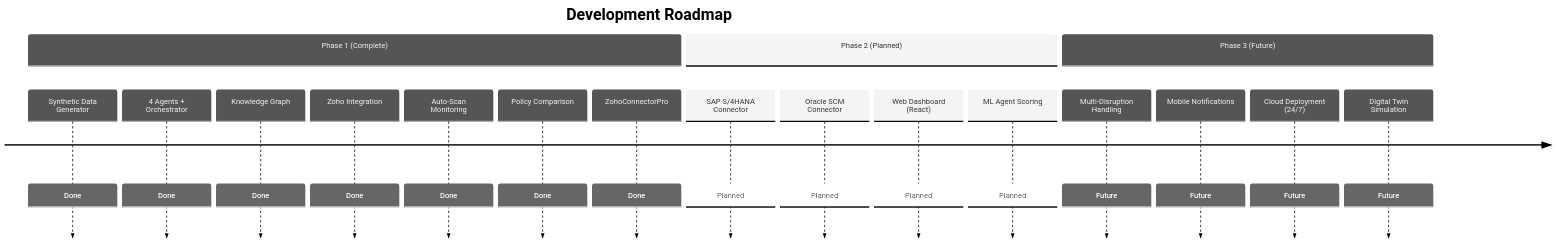
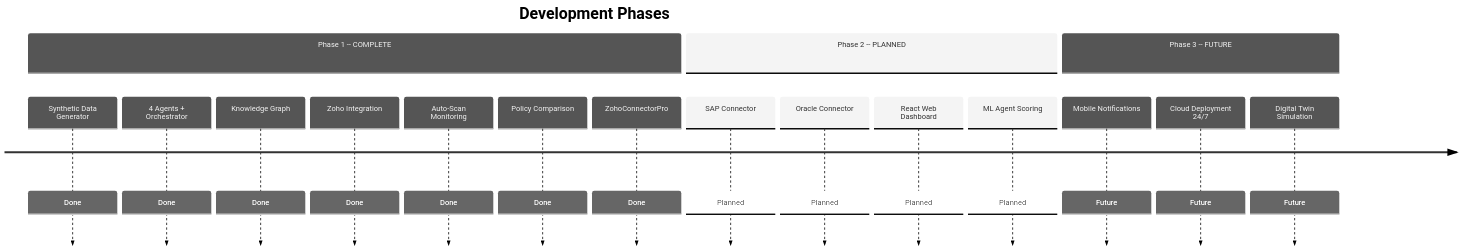
One commit to santhoshkrishnan-M/SCM-connector changed diagram 12 of 13 in README.md. Above: the diagram before and after it, drawn with Mermaid (neutral theme). The commit also changed other lines of this file, not shown here.

````diff
--- a/README.md
+++ b/README.md
@@ -795,22 +529,21 @@
 ```mermaid
 timeline
-    title Development Roadmap
-    section Phase 1 (Complete)
-        Synthetic Data Generator : Done
-        4 Agents + Orchestrator : Done
-        Knowledge Graph : Done
-        Zoho Integration : Done
-        Auto-Scan Monitoring : Done
-        Policy Comparison : Done
-        ZohoConnectorPro : Done
-    section Phase 2 (Planned)
-        SAP S/4HANA Connector : Planned
-        Oracle SCM Connector : Planned
-        Web Dashboard (React) : Planned
-        ML Agent Scoring : Planned
-    section Phase 3 (Future)
-        Multi-Disruption Handling : Future
-        Mobile Notifications : Future
-        Cloud Deployment (24/7) : Future
-        Digital Twin Simulation : Future
+    title Development Phases
+    section Phase 1 -- COMPLETE
+        Synthetic Data Generator      : Done
+        4 Agents + Orchestrator        : Done
+        Knowledge Graph                : Done
+        Zoho Integration               : Done
+        Auto-Scan Monitoring           : Done
+        Policy Comparison              : Done
+        ZohoConnectorPro               : Done
+    section Phase 2 -- PLANNED
+        SAP Connector                  : Planned
+        Oracle Connector               : Planned
+        React Web Dashboard            : Planned
+        ML Agent Scoring               : Planned
+    section Phase 3 -- FUTURE
+        Mobile Notifications           : Future
+        Cloud Deployment 24/7          : Future
+        Digital Twin Simulation        : Future
 ```
````
